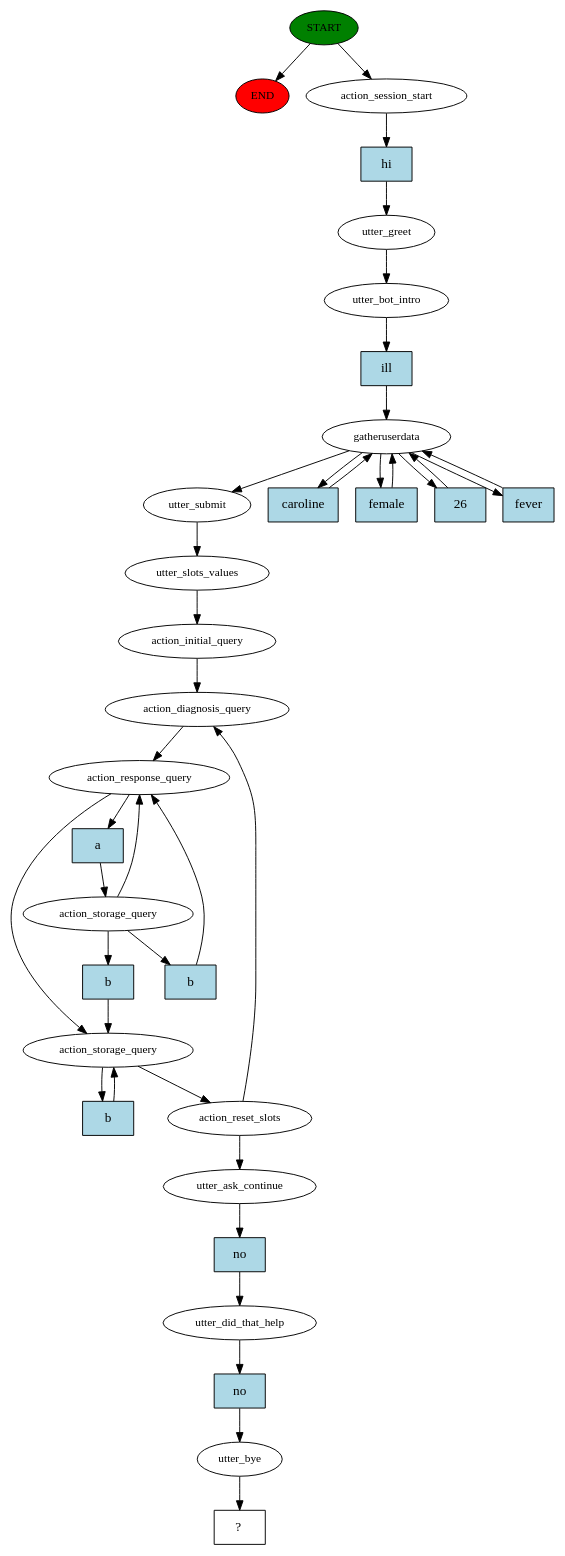
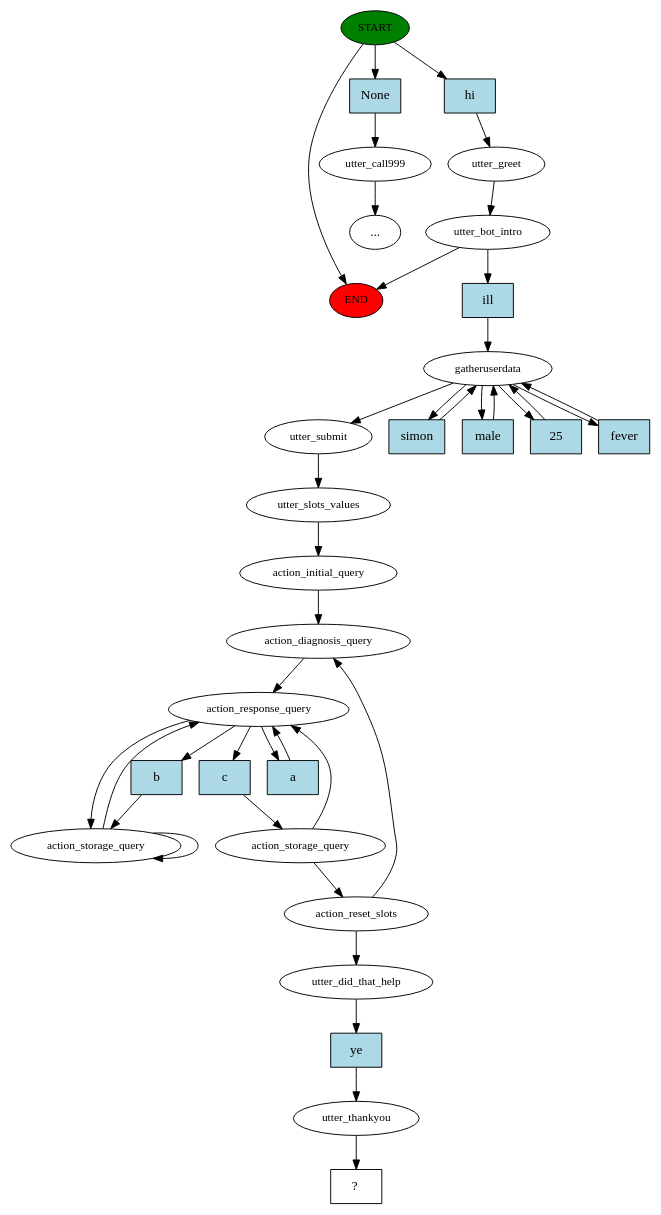
One commit to carolinebarra/HealthRasa_Bot changed the diagram in story_graph.dot. Above: the diagram before and after it, drawn with Graphviz. The commit also changed 20 other files, not shown here.

```diff
--- a/story_graph.dot
+++ b/story_graph.dot
@@ -1,70 +1,70 @@
 digraph  {
 0 [class="start active", fillcolor=green, fontsize=12, label=START, style=filled];
 "-1" [class=end, fillcolor=red, fontsize=12, label=END, style=filled];
-1 [class=active, fontsize=12, label=action_session_start];
+1 [class="", fontsize=12, label=utter_call999];
+"-3" [class=ellipsis, label="..."];
 2 [class=active, fontsize=12, label=utter_greet];
 3 [class=active, fontsize=12, label=utter_bot_intro];
-4 [class=active, fontsize=12, label=gatheruserdata];
-9 [class=active, fontsize=12, label=utter_submit];
-10 [class=active, fontsize=12, label=utter_slots_values];
-11 [class=active, fontsize=12, label=action_initial_query];
-12 [class=active, fontsize=12, label=action_diagnosis_query];
-13 [class=active, fontsize=12, label=action_response_query];
-14 [class=active, fontsize=12, label=action_storage_query];
-18 [class=active, fontsize=12, label=action_storage_query];
-19 [class=active, fontsize=12, label=action_reset_slots];
-34 [class=active, fontsize=12, label=utter_ask_continue];
-35 [class=active, fontsize=12, label=utter_did_that_help];
-36 [class=active, fontsize=12, label=utter_bye];
-37 [class="intent dashed active", label="  ?  ", shape=rect];
-38 [class="intent active", fillcolor=lightblue, label=hi, shape=rect, style=filled];
-39 [class="intent active", fillcolor=lightblue, label=ill, shape=rect, style=filled];
-40 [class="intent active", fillcolor=lightblue, label=caroline, shape=rect, style=filled];
-41 [class="intent active", fillcolor=lightblue, label=female, shape=rect, style=filled];
-42 [class="intent active", fillcolor=lightblue, label=26, shape=rect, style=filled];
-43 [class="intent active", fillcolor=lightblue, label=fever, shape=rect, style=filled];
-44 [class="intent active", fillcolor=lightblue, label=a, shape=rect, style=filled];
-45 [class="intent active", fillcolor=lightblue, label=b, shape=rect, style=filled];
-46 [class="intent active", fillcolor=lightblue, label=b, shape=rect, style=filled];
-47 [class="intent active", fillcolor=lightblue, label=b, shape=rect, style=filled];
-48 [class="intent active", fillcolor=lightblue, label=no, shape=rect, style=filled];
-49 [class="intent active", fillcolor=lightblue, label=no, shape=rect, style=filled];
+6 [class=active, fontsize=12, label=gatheruserdata];
+11 [class=active, fontsize=12, label=utter_submit];
+12 [class=active, fontsize=12, label=utter_slots_values];
+13 [class=active, fontsize=12, label=action_initial_query];
+14 [class=active, fontsize=12, label=action_diagnosis_query];
+15 [class=active, fontsize=12, label=action_response_query];
+16 [class=active, fontsize=12, label=action_storage_query];
+21 [class=active, fontsize=12, label=action_storage_query];
+22 [class=active, fontsize=12, label=action_reset_slots];
+54 [class=active, fontsize=12, label=utter_did_that_help];
+55 [class=active, fontsize=12, label=utter_thankyou];
+56 [class="intent dashed active", label="  ?  ", shape=rect];
+57 [class=intent, fillcolor=lightblue, label=None, shape=rect, style=filled];
+58 [class="intent active", fillcolor=lightblue, label=hi, shape=rect, style=filled];
+59 [class="intent active", fillcolor=lightblue, label=ill, shape=rect, style=filled];
+60 [class="intent active", fillcolor=lightblue, label=simon, shape=rect, style=filled];
+61 [class="intent active", fillcolor=lightblue, label=male, shape=rect, style=filled];
+62 [class="intent active", fillcolor=lightblue, label=25, shape=rect, style=filled];
+63 [class="intent active", fillcolor=lightblue, label=fever, shape=rect, style=filled];
+64 [class="intent active", fillcolor=lightblue, label=b, shape=rect, style=filled];
+65 [class="intent active", fillcolor=lightblue, label=c, shape=rect, style=filled];
+66 [class="intent active", fillcolor=lightblue, label=a, shape=rect, style=filled];
+67 [class="intent active", fillcolor=lightblue, label=ye, shape=rect, style=filled];
 0 -> "-1"  [class="", key=NONE, label=""];
-0 -> 1  [class=active, key=NONE, label=""];
-1 -> 38  [class=active, key=0];
+0 -> 57  [class="", key=0];
+0 -> 58  [class=active, key=0];
+1 -> "-3"  [class="", key=NONE, label=""];
 2 -> 3  [class=active, key=NONE, label=""];
-3 -> 39  [class=active, key=0];
-4 -> 9  [class=active, key=NONE, label=""];
-4 -> 40  [class=active, key=0];
-4 -> 41  [class=active, key=0];
-4 -> 42  [class=active, key=0];
-4 -> 43  [class=active, key=0];
-9 -> 10  [class=active, key=NONE, label=""];
-10 -> 11  [class=active, key=NONE, label=""];
+3 -> "-1"  [class="", key=NONE, label=""];
+3 -> 59  [class=active, key=0];
+6 -> 11  [class=active, key=NONE, label=""];
+6 -> 60  [class=active, key=0];
+6 -> 61  [class=active, key=0];
+6 -> 62  [class=active, key=0];
+6 -> 63  [class=active, key=0];
 11 -> 12  [class=active, key=NONE, label=""];
 12 -> 13  [class=active, key=NONE, label=""];
-13 -> 18  [class=active, key=NONE, label=""];
-13 -> 44  [class=active, key=0];
-14 -> 13  [class=active, key=NONE, label=""];
-14 -> 45  [class=active, key=0];
-14 -> 46  [class=active, key=0];
-18 -> 19  [class=active, key=NONE, label=""];
-18 -> 47  [class=active, key=0];
-19 -> 12  [class=active, key=NONE, label=""];
-19 -> 34  [class=active, key=NONE, label=""];
-34 -> 48  [class=active, key=0];
-35 -> 49  [class=active, key=0];
-36 -> 37  [class=active, key=NONE, label=""];
-38 -> 2  [class=active, key=0];
-39 -> 4  [class=active, key=0];
-40 -> 4  [class=active, key=0];
-41 -> 4  [class=active, key=0];
-42 -> 4  [class=active, key=0];
-43 -> 4  [class=active, key=0];
-44 -> 14  [class=active, key=0];
-45 -> 13  [class=active, key=0];
-46 -> 18  [class=active, key=0];
-47 -> 18  [class=active, key=0];
-48 -> 35  [class=active, key=0];
-49 -> 36  [class=active, key=0];
+13 -> 14  [class=active, key=NONE, label=""];
+14 -> 15  [class=active, key=NONE, label=""];
+15 -> 16  [class=active, key=NONE, label=""];
+15 -> 64  [class=active, key=0];
+15 -> 65  [class=active, key=0];
+15 -> 66  [class=active, key=0];
+16 -> 15  [class=active, key=NONE, label=""];
+16 -> 16  [class=active, key=NONE, label=""];
+21 -> 22  [class=active, key=NONE, label=""];
+21 -> 15  [class=active, key=NONE, label=""];
+22 -> 14  [class=active, key=NONE, label=""];
+22 -> 54  [class=active, key=NONE, label=""];
+54 -> 67  [class=active, key=0];
+55 -> 56  [class=active, key=NONE, label=""];
+57 -> 1  [class="", key=0];
+58 -> 2  [class=active, key=0];
+59 -> 6  [class=active, key=0];
+60 -> 6  [class=active, key=0];
+61 -> 6  [class=active, key=0];
+62 -> 6  [class=active, key=0];
+63 -> 6  [class=active, key=0];
+64 -> 16  [class=active, key=0];
+65 -> 21  [class=active, key=0];
+66 -> 15  [class=active, key=0];
+67 -> 55  [class=active, key=0];
 }
```
